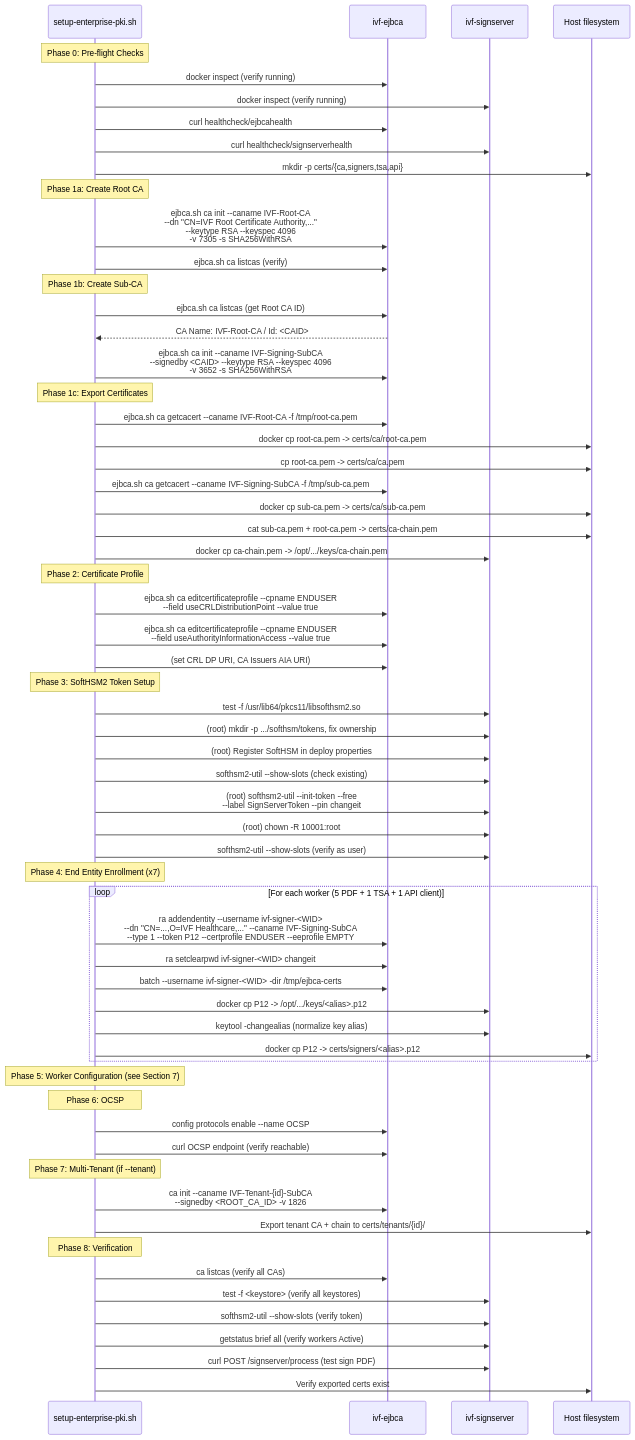
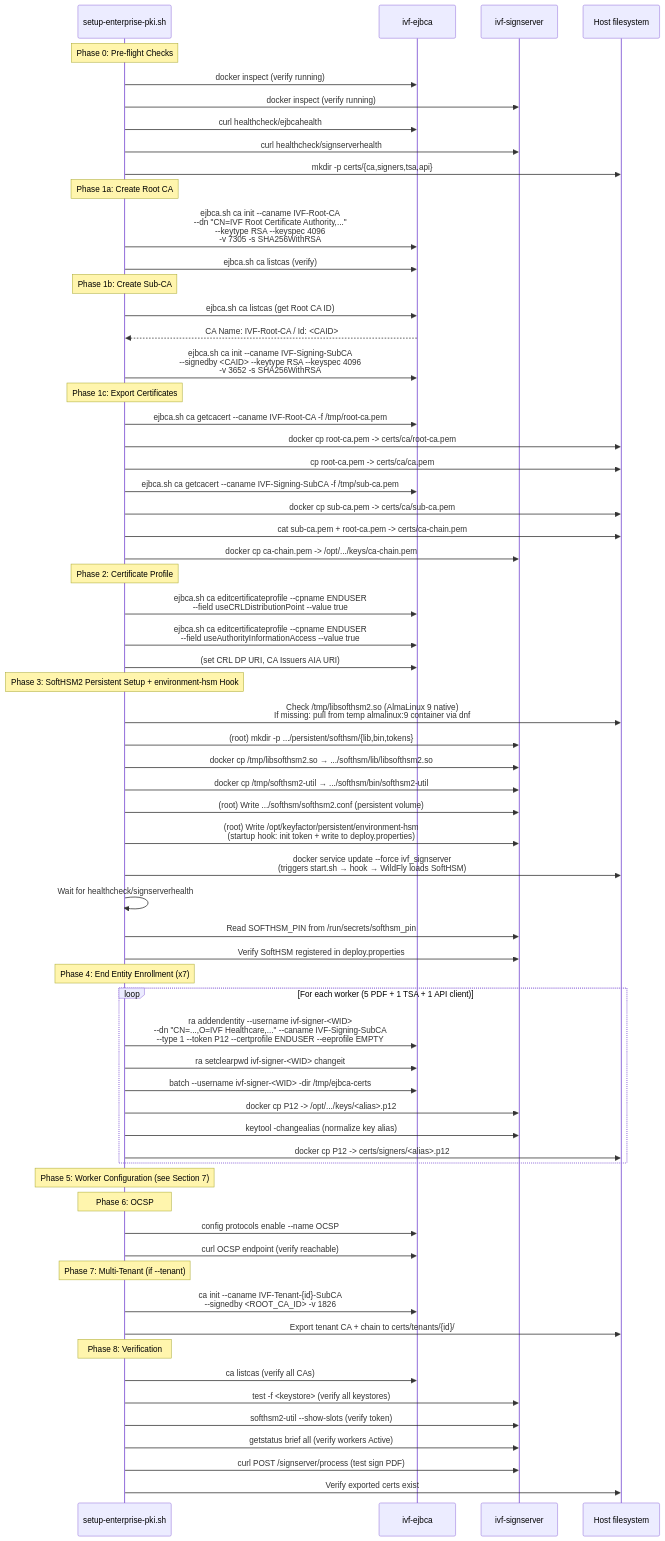
The fourth of 8 diagrams in docs/enterprise_pki_guide.md (Hung6066/IVF), drawn with Mermaid before and after one commit. The commit also changed other lines of this file and 48 other files, not shown here.

First line of the commit message:
Add scripts for testing EJBCA profiles and PKCS#11 worker setup

````diff
--- a/docs/enterprise_pki_guide.md
+++ b/docs/enterprise_pki_guide.md
@@ -241,73 +316,76 @@
 ```mermaid
 sequenceDiagram
     participant Script as setup-enterprise-pki.sh
     participant EJBCA as ivf-ejbca
     participant SS as ivf-signserver
     participant Host as Host filesystem
 
     Note over Script: Phase 0: Pre-flight Checks
     Script->>EJBCA: docker inspect (verify running)
     Script->>SS: docker inspect (verify running)
     Script->>EJBCA: curl healthcheck/ejbcahealth
     Script->>SS: curl healthcheck/signserverhealth
     Script->>Host: mkdir -p certs/{ca,signers,tsa,api}
 
     Note over Script: Phase 1a: Create Root CA
     Script->>EJBCA: ejbca.sh ca init --caname IVF-Root-CA<br/>--dn "CN=IVF Root Certificate Authority,..."<br/>--keytype RSA --keyspec 4096<br/>-v 7305 -s SHA256WithRSA
     Script->>EJBCA: ejbca.sh ca listcas (verify)
 
     Note over Script: Phase 1b: Create Sub-CA
     Script->>EJBCA: ejbca.sh ca listcas (get Root CA ID)
     EJBCA-->>Script: CA Name: IVF-Root-CA / Id: <CAID>
     Script->>EJBCA: ejbca.sh ca init --caname IVF-Signing-SubCA<br/>--signedby <CAID> --keytype RSA --keyspec 4096<br/>-v 3652 -s SHA256WithRSA
 
     Note over Script: Phase 1c: Export Certificates
     Script->>EJBCA: ejbca.sh ca getcacert --caname IVF-Root-CA -f /tmp/root-ca.pem
     Script->>Host: docker cp root-ca.pem -> certs/ca/root-ca.pem
     Script->>Host: cp root-ca.pem -> certs/ca/ca.pem
     Script->>EJBCA: ejbca.sh ca getcacert --caname IVF-Signing-SubCA -f /tmp/sub-ca.pem
     Script->>Host: docker cp sub-ca.pem -> certs/ca/sub-ca.pem
     Script->>Host: cat sub-ca.pem + root-ca.pem -> certs/ca-chain.pem
     Script->>SS: docker cp ca-chain.pem -> /opt/.../keys/ca-chain.pem
 
     Note over Script: Phase 2: Certificate Profile
     Script->>EJBCA: ejbca.sh ca editcertificateprofile --cpname ENDUSER<br/>--field useCRLDistributionPoint --value true
     Script->>EJBCA: ejbca.sh ca editcertificateprofile --cpname ENDUSER<br/>--field useAuthorityInformationAccess --value true
     Script->>EJBCA: (set CRL DP URI, CA Issuers AIA URI)
 
-    Note over Script: Phase 3: SoftHSM2 Token Setup
-    Script->>SS: test -f /usr/lib64/pkcs11/libsofthsm2.so
-    Script->>SS: (root) mkdir -p .../softhsm/tokens, fix ownership
-    Script->>SS: (root) Register SoftHSM in deploy properties
-    Script->>SS: softhsm2-util --show-slots (check existing)
-    Script->>SS: (root) softhsm2-util --init-token --free<br/>--label SignServerToken --pin changeit
-    Script->>SS: (root) chown -R 10001:root
-    Script->>SS: softhsm2-util --show-slots (verify as user)
+    Note over Script: Phase 3: SoftHSM2 Persistent Setup + environment-hsm Hook
+    Script->>Host: Check /tmp/libsofthsm2.so (AlmaLinux 9 native)<br/>If missing: pull from temp almalinux:9 container via dnf
+    Script->>SS: (root) mkdir -p .../persistent/softhsm/{lib,bin,tokens}
+    Script->>SS: docker cp /tmp/libsofthsm2.so → .../softhsm/lib/libsofthsm2.so
+    Script->>SS: docker cp /tmp/softhsm2-util → .../softhsm/bin/softhsm2-util
+    Script->>SS: (root) Write .../softhsm/softhsm2.conf (persistent volume)
+    Script->>SS: (root) Write /opt/keyfactor/persistent/environment-hsm<br/>(startup hook: init token + write to deploy.properties)
+    Script->>Host: docker service update --force ivf_signserver<br/>(triggers start.sh → hook → WildFly loads SoftHSM)
+    Script->>Script: Wait for healthcheck/signserverhealth
+    Script->>SS: Read SOFTHSM_PIN from /run/secrets/softhsm_pin
+    Script->>SS: Verify SoftHSM registered in deploy.properties
 
     Note over Script: Phase 4: End Entity Enrollment (x7)
     loop For each worker (5 PDF + 1 TSA + 1 API client)
         Script->>EJBCA: ra addendentity --username ivf-signer-<WID><br/>--dn "CN=...,O=IVF Healthcare,..." --caname IVF-Signing-SubCA<br/>--type 1 --token P12 --certprofile ENDUSER --eeprofile EMPTY
         Script->>EJBCA: ra setclearpwd ivf-signer-<WID> changeit
         Script->>EJBCA: batch --username ivf-signer-<WID> -dir /tmp/ejbca-certs
         Script->>SS: docker cp P12 -> /opt/.../keys/<alias>.p12
         Script->>SS: keytool -changealias (normalize key alias)
         Script->>Host: docker cp P12 -> certs/signers/<alias>.p12
     end
 
     Note over Script: Phase 5: Worker Configuration (see Section 7)
     Note over Script: Phase 6: OCSP
     Script->>EJBCA: config protocols enable --name OCSP
     Script->>EJBCA: curl OCSP endpoint (verify reachable)
 
     Note over Script: Phase 7: Multi-Tenant (if --tenant)
     Script->>EJBCA: ca init --caname IVF-Tenant-{id}-SubCA<br/>--signedby <ROOT_CA_ID> -v 1826
     Script->>Host: Export tenant CA + chain to certs/tenants/{id}/
 
     Note over Script: Phase 8: Verification
     Script->>EJBCA: ca listcas (verify all CAs)
     Script->>SS: test -f <keystore> (verify all keystores)
     Script->>SS: softhsm2-util --show-slots (verify token)
     Script->>SS: getstatus brief all (verify workers Active)
     Script->>SS: curl POST /signserver/process (test sign PDF)
     Script->>Host: Verify exported certs exist
 ```
````
